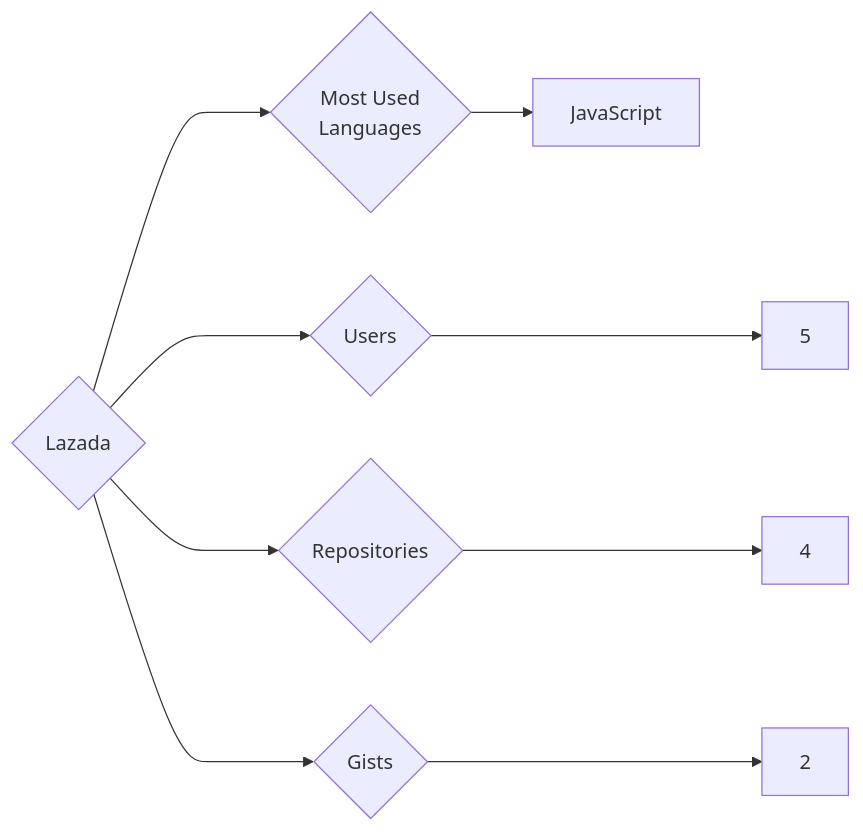
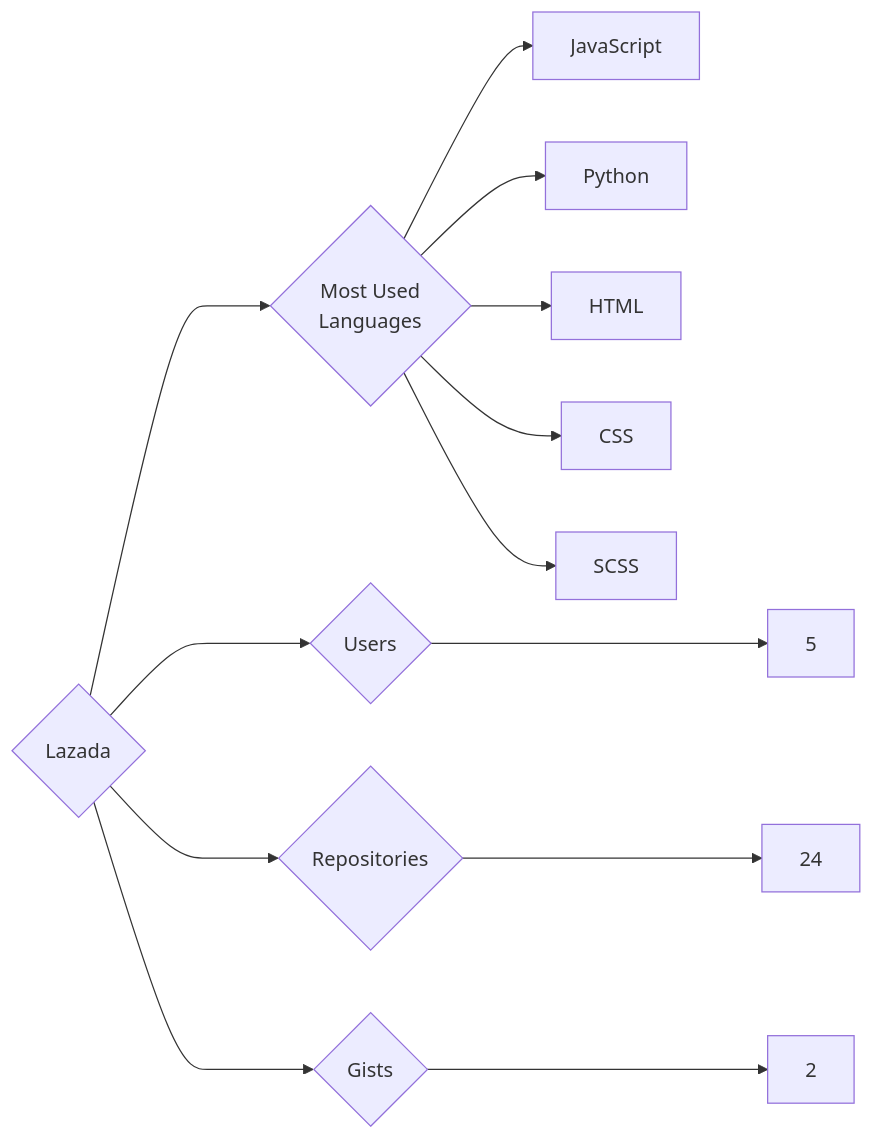
One commit to trickest/insiders changed the diagram in targets/Lazada/README.md. Above: the diagram before and after it, drawn with Mermaid. The commit also changed 640 other files, not shown here.

````diff
--- a/targets/Lazada/README.md
+++ b/targets/Lazada/README.md
@@ -3,9 +3,13 @@
 ```mermaid
 graph LR
 COMPANY_NAME{Lazada}
 COMPANY_NAME ---> U{Users} ---> UN[5]
-COMPANY_NAME ---> R{Repositories} ---> RN[4]
+COMPANY_NAME ---> R{Repositories} ---> RN[24]
 COMPANY_NAME ---> G{Gists} ---> GN[2]
 COMPANY_NAME ---> ML{Most Used<br>Languages}
 ML --> JavaScript[JavaScript]
+ML --> Python[Python]
+ML --> HTML[HTML]
+ML --> CSS[CSS]
+ML --> SCSS[SCSS]
 ```
````
